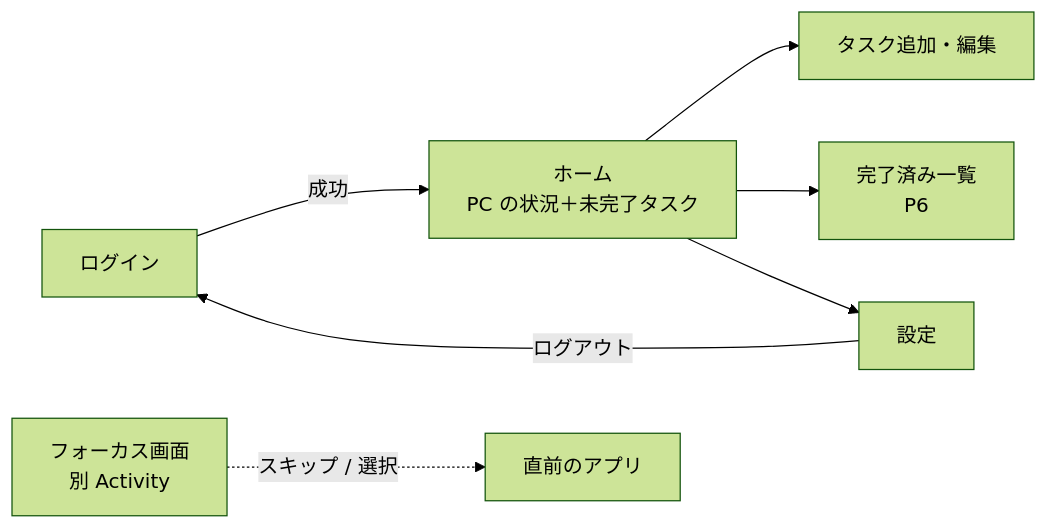
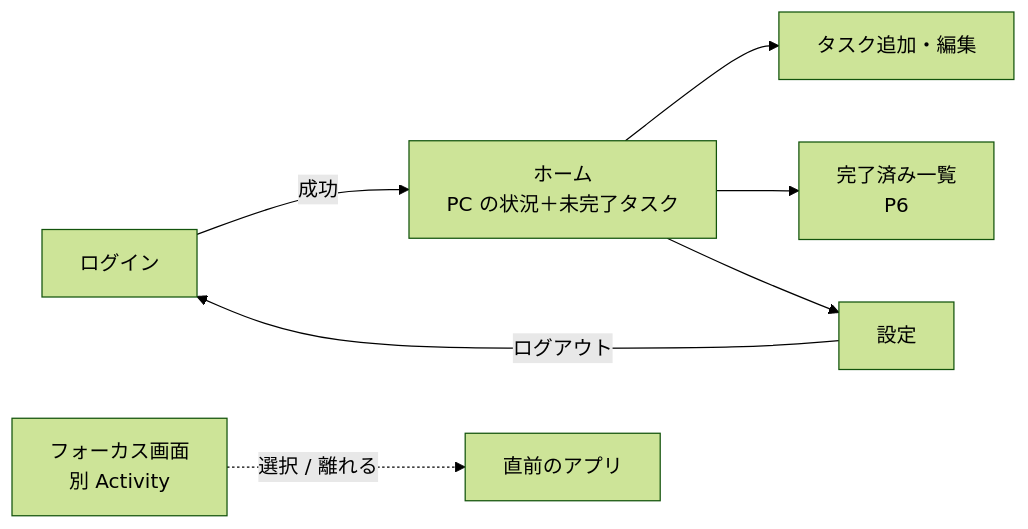
The second of 4 diagrams in docs/android/design.md (kazi983/shiodoki), drawn with Mermaid (forest theme) before and after one commit. The commit also changed other lines of this file and 2 other files, not shown here.

````diff
--- a/docs/android/design.md
+++ b/docs/android/design.md
@@ -235,9 +236,9 @@
 ```mermaid
 flowchart LR
     Login[ログイン] -->|成功| Home
     Home[ホーム<br/>PC の状況＋未完了タスク] --> Edit[タスク追加・編集]
     Home --> Completed[完了済み一覧<br/>P6]
     Home --> Settings[設定]
     Settings -->|ログアウト| Login
-    Focus[フォーカス画面<br/>別 Activity] -.->|スキップ / 選択| Prev[直前のアプリ]
+    Focus[フォーカス画面<br/>別 Activity] -.->|選択 / 離れる| Prev[直前のアプリ]
 ```
````
